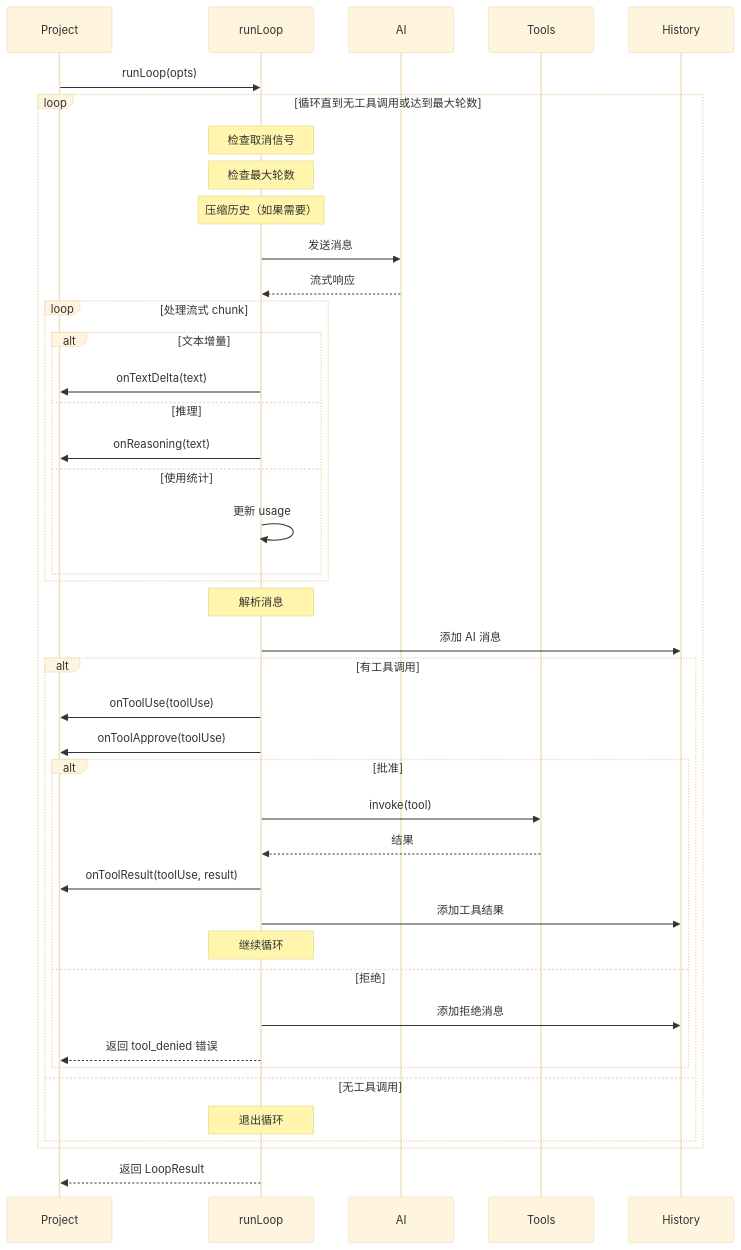
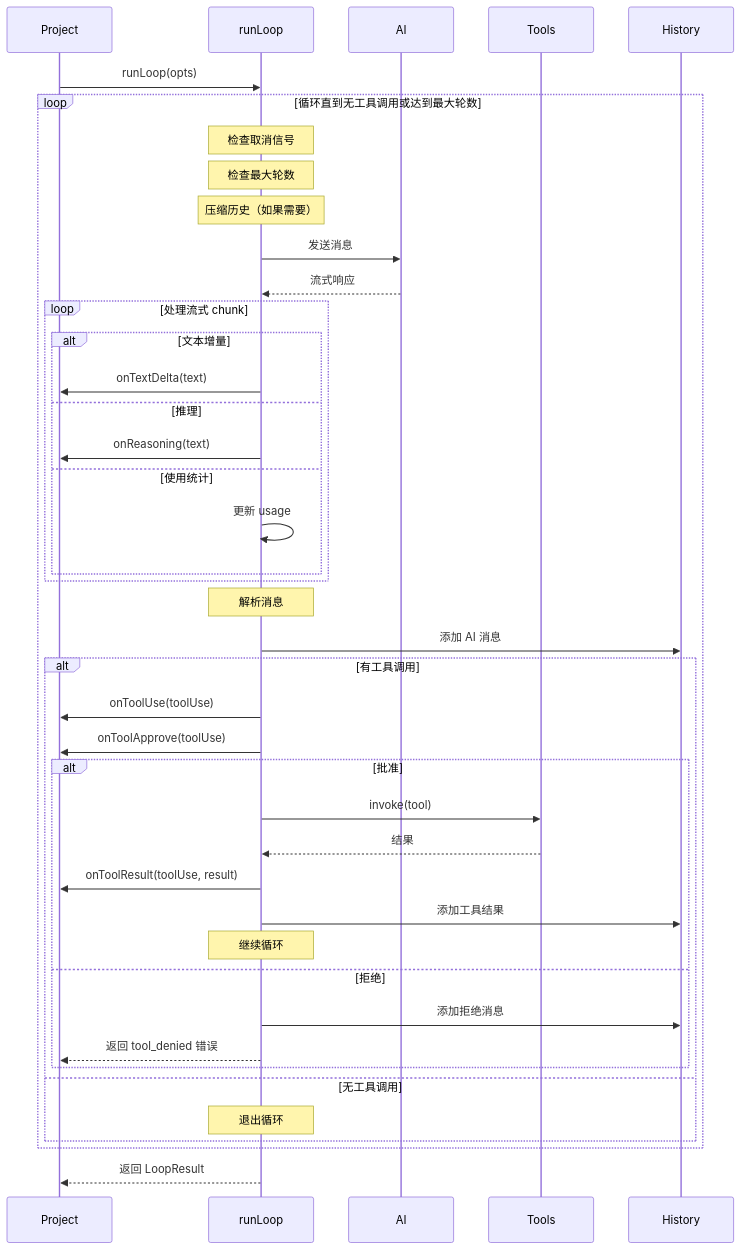
One commit to cloudyan/neovate-code changed the second of 5 diagrams in docs/loop.md. Above: the diagram before and after it, drawn with Mermaid. The commit also changed 3 other files, not shown here.

````diff
--- a/docs/loop.md
+++ b/docs/loop.md
@@ -58,54 +58,53 @@
 ```mermaid
-%%{init: {'theme': 'base', 'themeVariables': { 'rectTextColor': '#000' }}}%%
 sequenceDiagram
     participant Project
     participant AILoop as runLoop
     participant AI
     participant Tools
     participant History
 
     Project->>AILoop: runLoop(opts)
 
     loop 循环直到无工具调用或达到最大轮数
         Note over AILoop: 检查取消信号
         Note over AILoop: 检查最大轮数
         Note over AILoop: 压缩历史（如果需要）
 
         AILoop->>AI: 发送消息
 
         AI-->>AILoop: 流式响应
 
         loop 处理流式 chunk
             alt 文本增量
                 AILoop->>Project: onTextDelta(text)
             else 推理
                 AILoop->>Project: onReasoning(text)
             else 使用统计
                 AILoop->>AILoop: 更新 usage
             end
         end
 
         Note over AILoop: 解析消息
         AILoop->>History: 添加 AI 消息
 
         alt 有工具调用
             AILoop->>Project: onToolUse(toolUse)
             AILoop->>Project: onToolApprove(toolUse)
 
             alt 批准
                 AILoop->>Tools: invoke(tool)
                 Tools-->>AILoop: 结果
                 AILoop->>Project: onToolResult(toolUse, result)
                 AILoop->>History: 添加工具结果
                 Note over AILoop: 继续循环
             else 拒绝
                 AILoop->>History: 添加拒绝消息
                 AILoop-->>Project: 返回 tool_denied 错误
             end
         else 无工具调用
             Note over AILoop: 退出循环
         end
     end
 
     AILoop-->>Project: 返回 LoopResult
 ```
````
